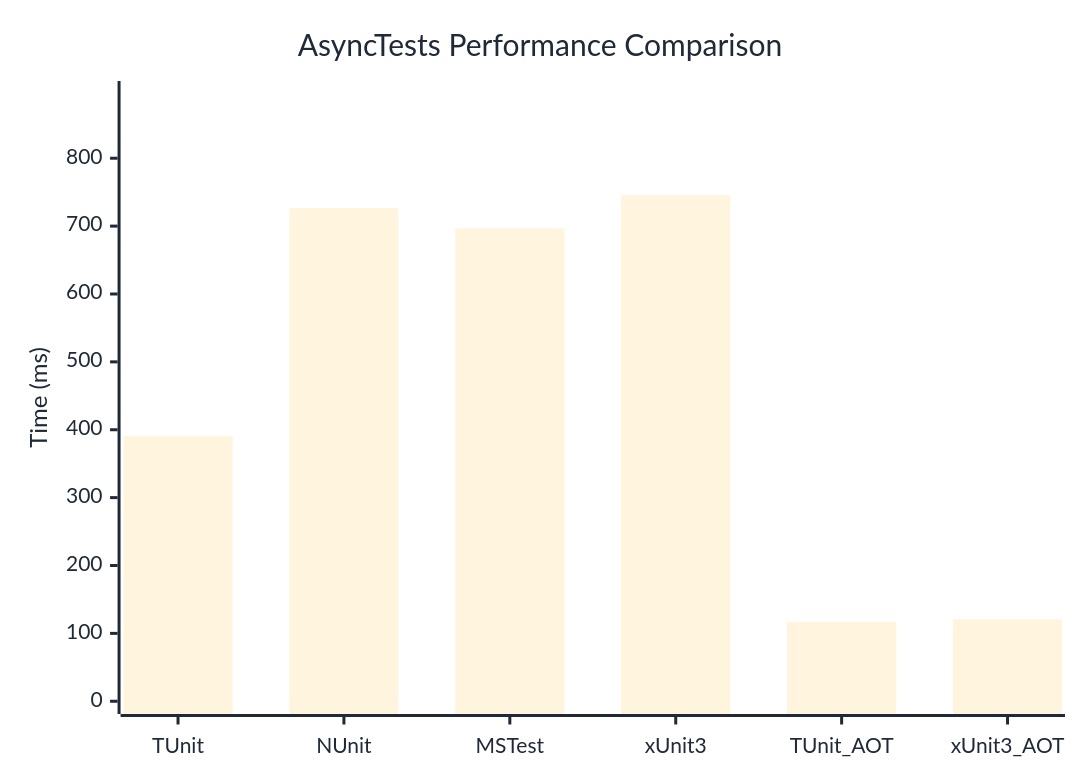
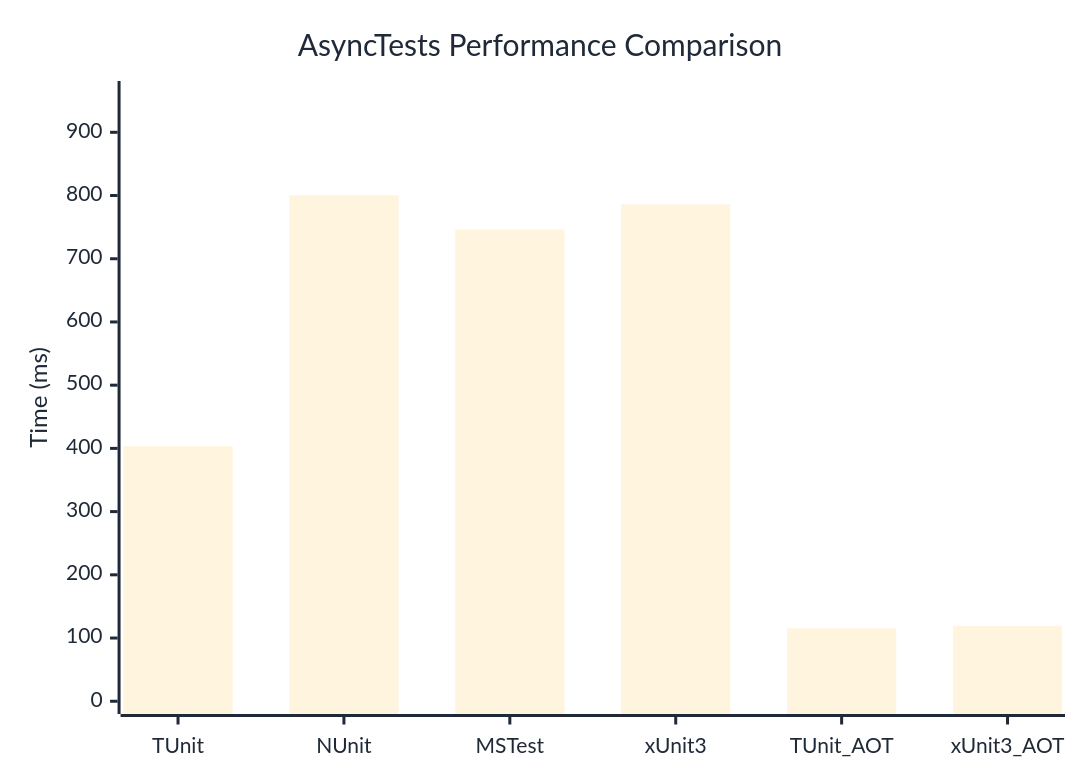
The diagram in docs/docs/benchmarks/engine/AsyncTests.md (thomhurst/TUnit), drawn with Mermaid before and after one commit. The commit also changed other lines of this file and 18 other files, not shown here.

````diff
--- a/docs/docs/benchmarks/engine/AsyncTests.md
+++ b/docs/docs/benchmarks/engine/AsyncTests.md
@@ -30,37 +30,37 @@
 ```mermaid
 %%{init: {
   'theme':'base',
   'themeVariables': {
     'primaryColor': '#2563eb',
     'primaryTextColor': '#1f2937',
     'primaryBorderColor': '#1e40af',
     'lineColor': '#6b7280',
     'secondaryColor': '#7c3aed',
     'tertiaryColor': '#dc2626',
     'background': '#ffffff',
     'mainBkg': '#2563eb',
     'secondBkg': '#7c3aed',
     'tertiaryBkg': '#dc2626',
     'clusterBkg': '#f3f4f6',
     'edgeLabelBackground': '#ffffff',
     'tertiaryTextColor': '#1f2937',
     'pie1': '#2563eb',
     'pie2': '#7c3aed',
     'pie3': '#dc2626',
     'pie4': '#f59e0b',
     'pie5': '#10b981',
     'pie6': '#06b6d4',
     'pie7': '#ec4899',
     'pie8': '#6366f1',
     'pie9': '#84cc16',
     'pie10': '#f97316',
     'pie11': '#14b8a6',
     'pie12': '#a855f7'
   }
 }}%%
 xychart-beta
   title "AsyncTests Performance Comparison"
   x-axis ["TUnit", "NUnit", "MSTest", "xUnit3", "TUnit_AOT", "xUnit3_AOT"]
-  y-axis "Time (ms)" 0 --> 895
-  bar [390.6, 726.7, 696.6, 745.7, 116.8, 120.6]
+  y-axis "Time (ms)" 0 --> 961
+  bar [403.5, 800.5, 746.2, 786, 115.3, 119]
 ```
````
